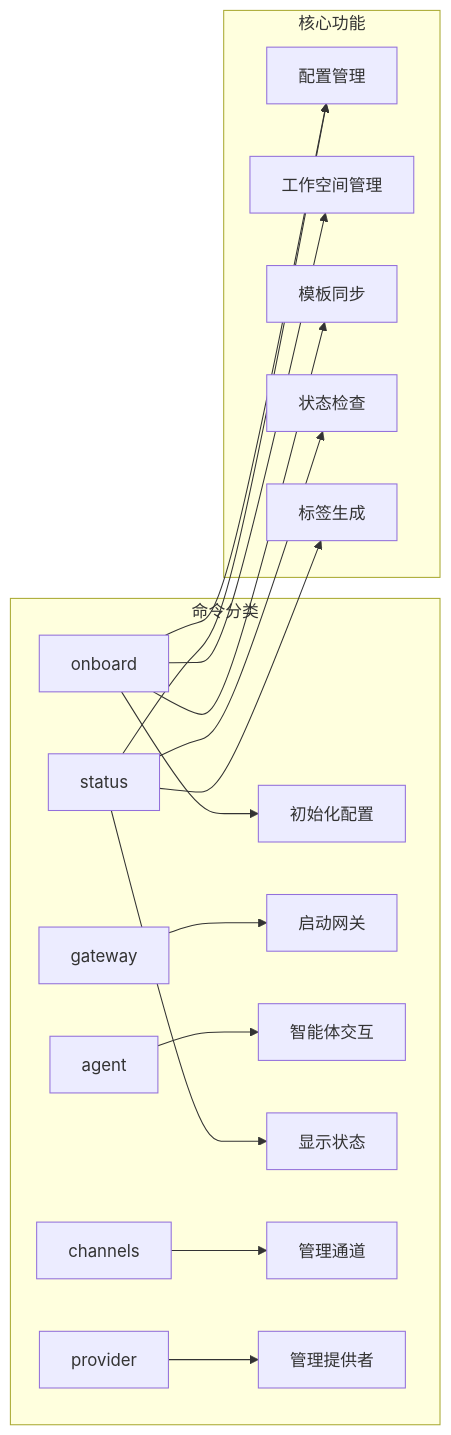
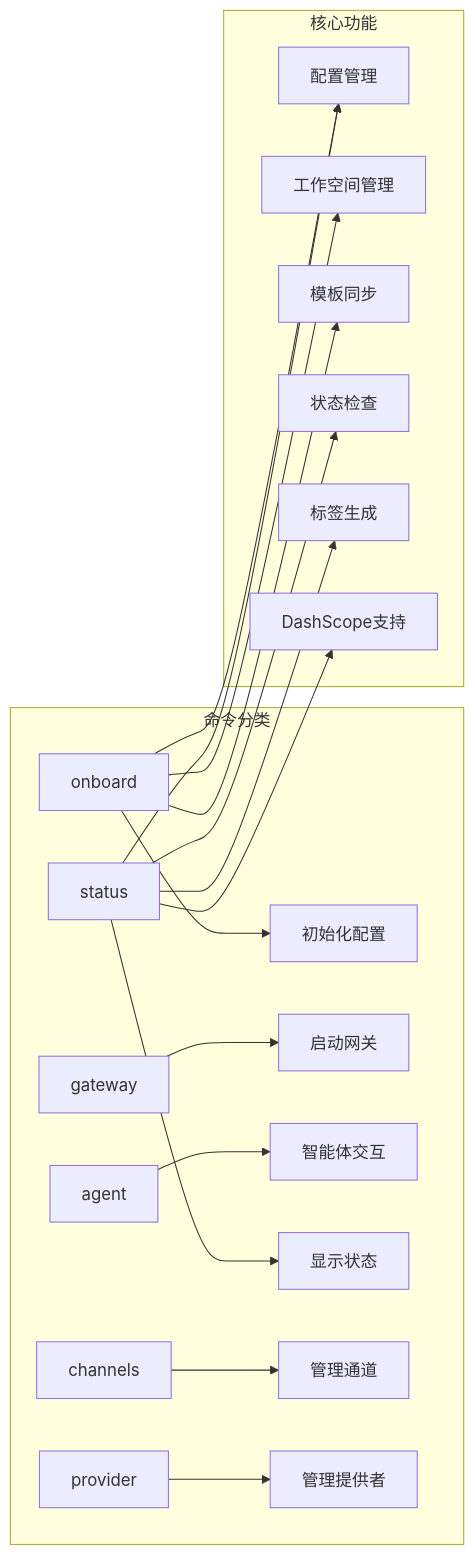
Before and after one commit to neciszhang/batbot: diagram 11 of 12 in .qoder/repowiki/zh/content/配置系统/提供者注册系统.md, drawn with Mermaid. The commit also changed other lines of this file and 13 other files, not shown here.

````diff
--- a/.qoder/repowiki/zh/content/配置系统/提供者注册系统.md
+++ b/.qoder/repowiki/zh/content/配置系统/提供者注册系统.md
@@ -411,24 +452,26 @@
 ```mermaid
 graph LR
 subgraph "命令分类"
 A[onboard] --> A1[初始化配置]
 B[gateway] --> B1[启动网关]
 C[agent] --> C1[智能体交互]
 D[status] --> D1[显示状态]
 E[channels] --> E1[管理通道]
 F[provider] --> F1[管理提供者]
 end
 subgraph "核心功能"
 G[配置管理]
 H[工作空间管理]
 I[模板同步]
 J[状态检查]
 K[标签生成]
+DashScope[DashScope支持]
 end
 A --> G
 A --> H
 A --> I
 D --> J
 D --> G
 D --> K
+D --> DashScope
 ```
````
